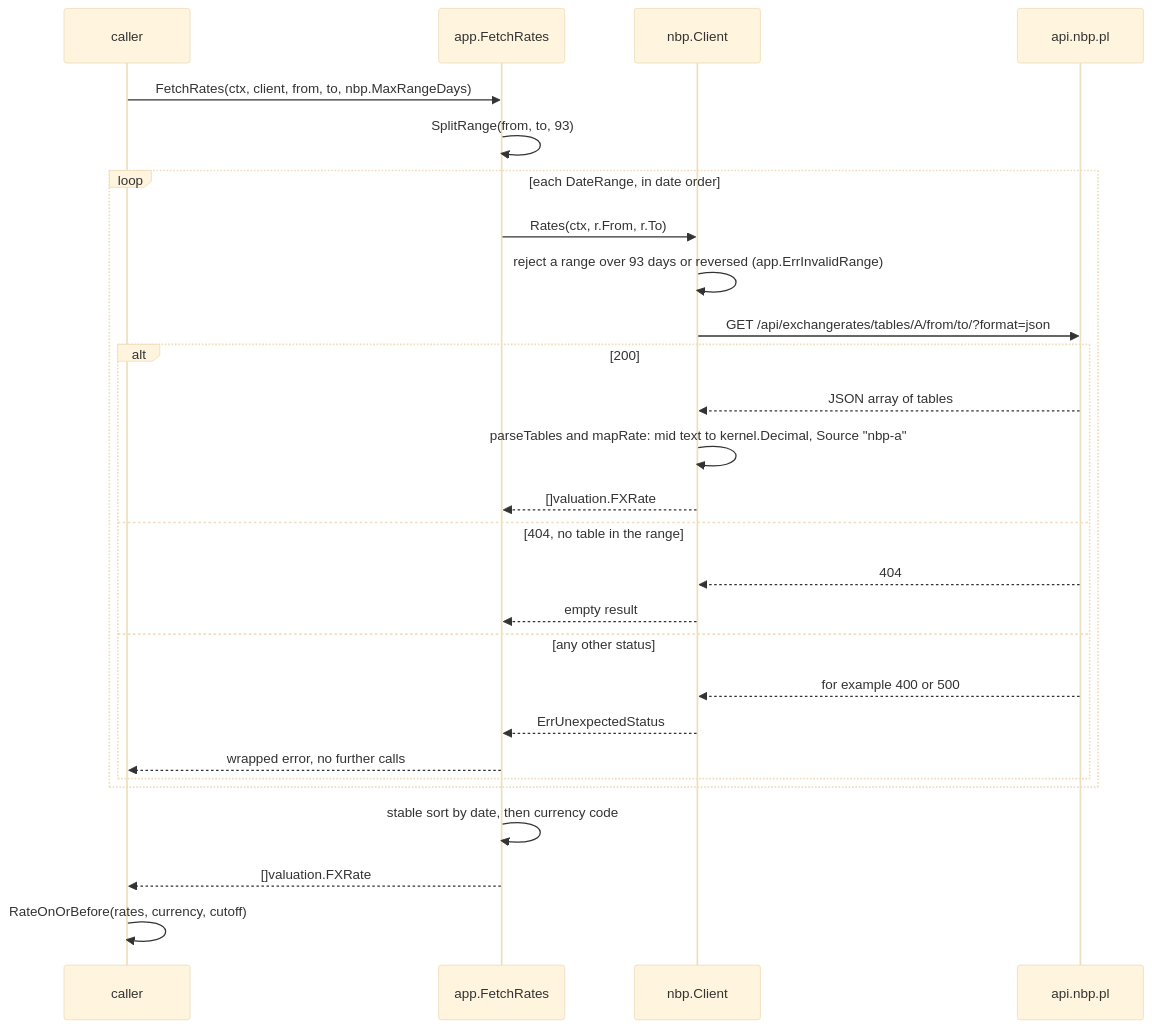
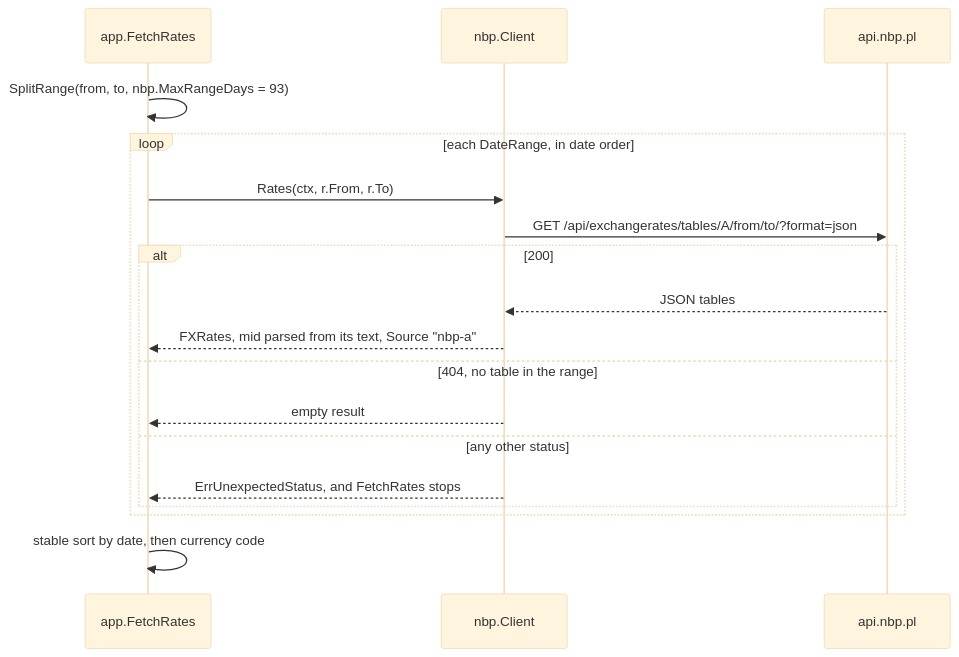
The third of 3 diagrams in docs/concepts/valuation.md (arkadiuss/openfief), drawn with Mermaid (base theme) before and after one commit. The commit also changed other lines of this file and 3 other files, not shown here.

````diff
--- a/docs/concepts/valuation.md
+++ b/docs/concepts/valuation.md
@@ -104,29 +149,20 @@
 ```mermaid
 sequenceDiagram
-  participant caller
   participant F as app.FetchRates
   participant N as nbp.Client
   participant API as api.nbp.pl
-  caller->>F: FetchRates(ctx, client, from, to, nbp.MaxRangeDays)
-  F->>F: SplitRange(from, to, 93)
+  F->>F: SplitRange(from, to, nbp.MaxRangeDays = 93)
   loop each DateRange, in date order
     F->>N: Rates(ctx, r.From, r.To)
-    N->>N: reject a range over 93 days or reversed (app.ErrInvalidRange)
     N->>API: GET /api/exchangerates/tables/A/from/to/?format=json
     alt 200
-      API-->>N: JSON array of tables
-      N->>N: parseTables and mapRate: mid text to kernel.Decimal, Source "nbp-a"
-      N-->>F: []valuation.FXRate
+      API-->>N: JSON tables
+      N-->>F: FXRates, mid parsed from its text, Source "nbp-a"
     else 404, no table in the range
-      API-->>N: 404
       N-->>F: empty result
     else any other status
-      API-->>N: for example 400 or 500
-      N-->>F: ErrUnexpectedStatus
-      F-->>caller: wrapped error, no further calls
+      N-->>F: ErrUnexpectedStatus, and FetchRates stops
     end
   end
   F->>F: stable sort by date, then currency code
-  F-->>caller: []valuation.FXRate
-  caller->>caller: RateOnOrBefore(rates, currency, cutoff)
 ```
````
